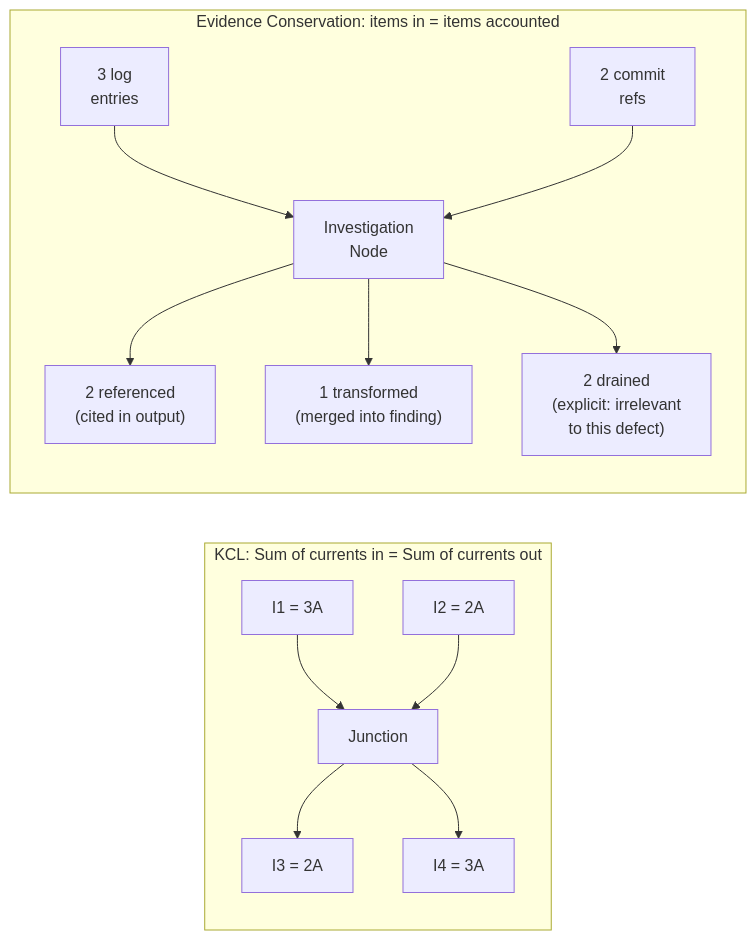
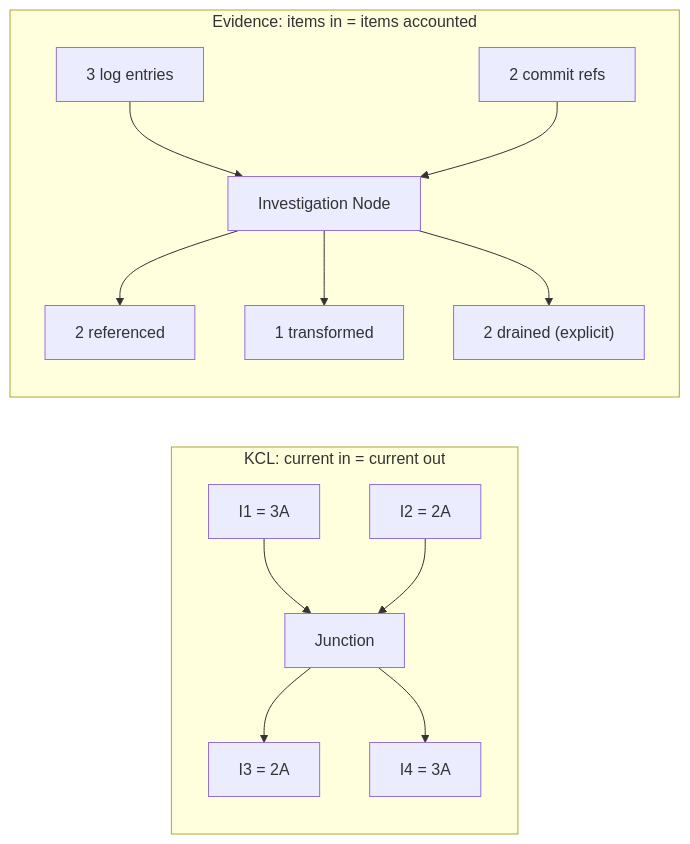
One commit to dpopsuev/origami changed diagram 11 of 12 in .cursor/docs/case-studies/electronic-circuit-theory.md. Above: the diagram before and after it, drawn with Mermaid. The commit also changed other lines of this file, not shown here.

First line of the commit message:
fix(case-studies): clean up mermaid diagram labels and spacing

````diff
--- a/.cursor/docs/case-studies/electronic-circuit-theory.md
+++ b/.cursor/docs/case-studies/electronic-circuit-theory.md
@@ -382,17 +376,17 @@
 ```mermaid
 flowchart LR
-    subgraph kcl ["KCL: Sum of currents in = Sum of currents out"]
+    subgraph kcl ["KCL: current in = current out"]
         i1["I1 = 3A"] --> junction["Junction"]
         i2["I2 = 2A"] --> junction
         junction --> i3["I3 = 2A"]
         junction --> i4["I4 = 3A"]
     end
 
-    subgraph conservation ["Evidence Conservation: items in = items accounted"]
-        logs["3 log\nentries"] --> node["Investigation\nNode"]
-        commits["2 commit\nrefs"] --> node
-        node --> referenced["2 referenced\n(cited in output)"]
-        node --> transformed["1 transformed\n(merged into finding)"]
-        node --> drained["2 drained\n(explicit: irrelevant\nto this defect)"]
+    subgraph conservation ["Evidence: items in = items accounted"]
+        logs["3 log entries"] --> node["Investigation Node"]
+        commits["2 commit refs"] --> node
+        node --> referenced["2 referenced"]
+        node --> transformed["1 transformed"]
+        node --> drained["2 drained (explicit)"]
     end
 ```
````
